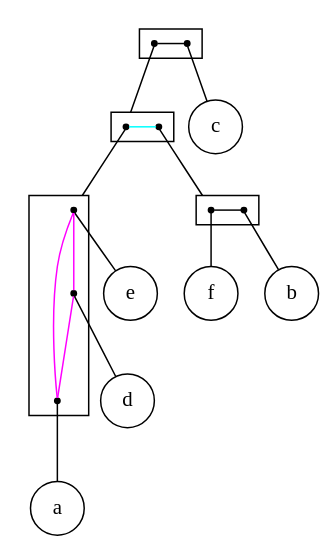
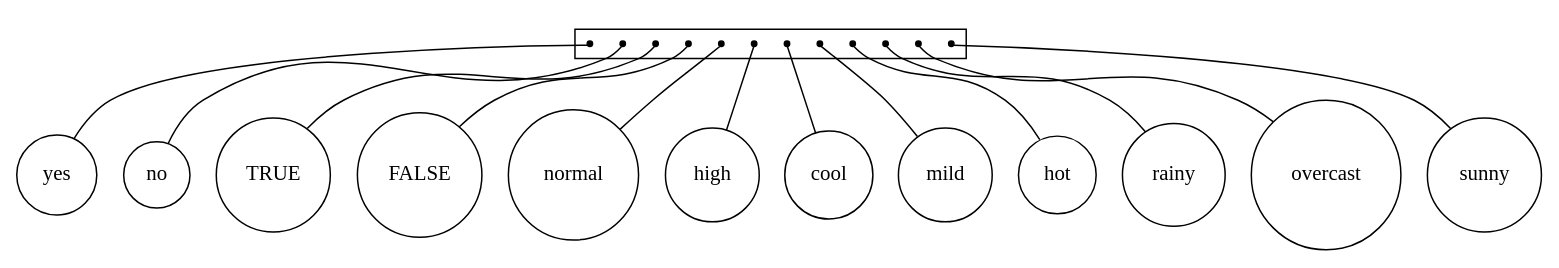
The diagram in src/final/linear_2-structure.dot (lrodrin/TFG), drawn with Graphviz before and after one commit. The commit also changed 2 other files, not shown here.

Commit message:
si hi ha més de 10 nodes en un cluster només pintar els nodes

```diff
--- a/src/final/linear_2-structure.dot
+++ b/src/final/linear_2-structure.dot
@@ -1,47 +1,47 @@
 strict digraph "linear_2-structure" {
 compound=true;
 fontname=Verdana;
 fontsize=12;
 newrank=true;
 node [shape=circle];
-c;
-e;
-d;
-a;
-f;
-b;
-subgraph cluster_abcfed {
-rank=same;
+yes;
+no;
+TRUE;
+FALSE;
+normal;
+high;
+cool;
+mild;
+hot;
+rainy;
+overcast;
+sunny;
+subgraph cluster_FALSEovercastTRUEnorainyhotcoolsunnyyesmildnormalhigh {
 node [shape=point];
-s_abfed -> s_c  [arrowhead=none, color=black];
+s_yes;
+s_no;
+s_TRUE;
+s_FALSE;
+s_normal;
+s_high;
+s_cool;
+s_mild;
+s_hot;
+s_rainy;
+s_overcast;
+s_sunny;
 }
 
-subgraph cluster_abfed {
-rank=same;
-node [shape=point];
-s_ead -> s_bf  [arrowhead=none, color=cyan];
+s_yes -> yes  [arrowhead=none];
+s_no -> no  [arrowhead=none];
+s_TRUE -> TRUE  [arrowhead=none];
+s_FALSE -> FALSE  [arrowhead=none];
+s_normal -> normal  [arrowhead=none];
+s_high -> high  [arrowhead=none];
+s_cool -> cool  [arrowhead=none];
+s_mild -> mild  [arrowhead=none];
+s_hot -> hot  [arrowhead=none];
+s_rainy -> rainy  [arrowhead=none];
+s_overcast -> overcast  [arrowhead=none];
+s_sunny -> sunny  [arrowhead=none];
 }
-
-subgraph cluster_ead {
-node [shape=point];
-s_e -> s_d  [arrowhead=none, color=magenta];
-s_e -> s_a  [arrowhead=none, color=magenta];
-s_d -> s_a  [arrowhead=none, color=magenta];
-}
-
-subgraph cluster_bf {
-rank=same;
-node [shape=point];
-s_f -> s_b  [arrowhead=none, color=black];
-}
-
-s_abfed -> s_ead  [arrowhead=none, lhead=cluster_abfed];
-s_c -> c  [arrowhead=none];
-s_ead -> s_e  [arrowhead=none, lhead=cluster_ead];
-s_bf -> s_f  [arrowhead=none, lhead=cluster_bf];
-s_e -> e  [arrowhead=none];
-s_d -> d  [arrowhead=none];
-s_a -> a  [arrowhead=none];
-s_f -> f  [arrowhead=none];
-s_b -> b  [arrowhead=none];
-}
```
